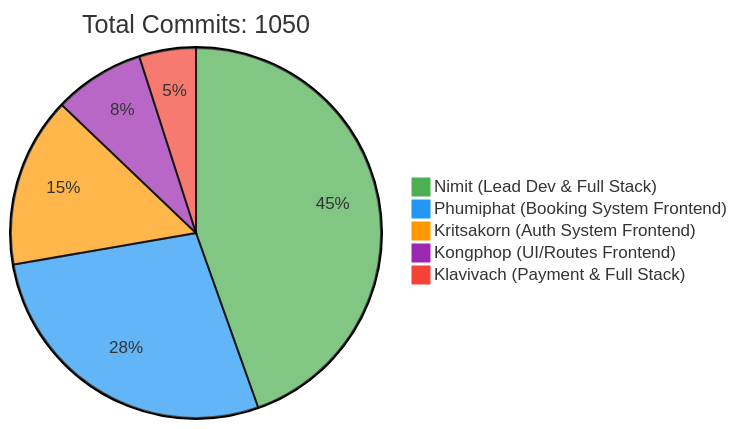
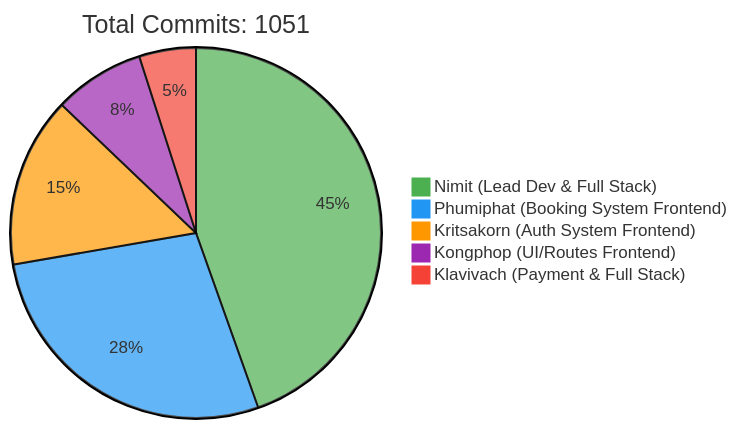
Before and after one commit to 6531503042/Sport-Complex: the first of 2 diagrams in README.md, drawn with Mermaid. The commit also changed other lines of this file, not shown here.

Commit message:
docs: Update contributor statistics [skip ci]

````diff
--- a/README.md
+++ b/README.md
@@ -240,10 +240,10 @@
 ```mermaid
 %%{init: {'theme': 'base', 'themeVariables': { 'pie1': '#4CAF50', 'pie2': '#2196F3', 'pie3': '#FF9800', 'pie4': '#9C27B0', 'pie5': '#F44336'}}}%%
 pie
-    title Total Commits: 1050
+    title Total Commits: 1051
     "Nimit (Lead Dev & Full Stack)" : 450
     "Phumiphat (Booking System Frontend)" : 280
     "Kritsakorn (Auth System Frontend)" : 150
     "Kongphop (UI/Routes Frontend)" : 80
     "Klavivach (Payment & Full Stack)" : 50
 ```
````
